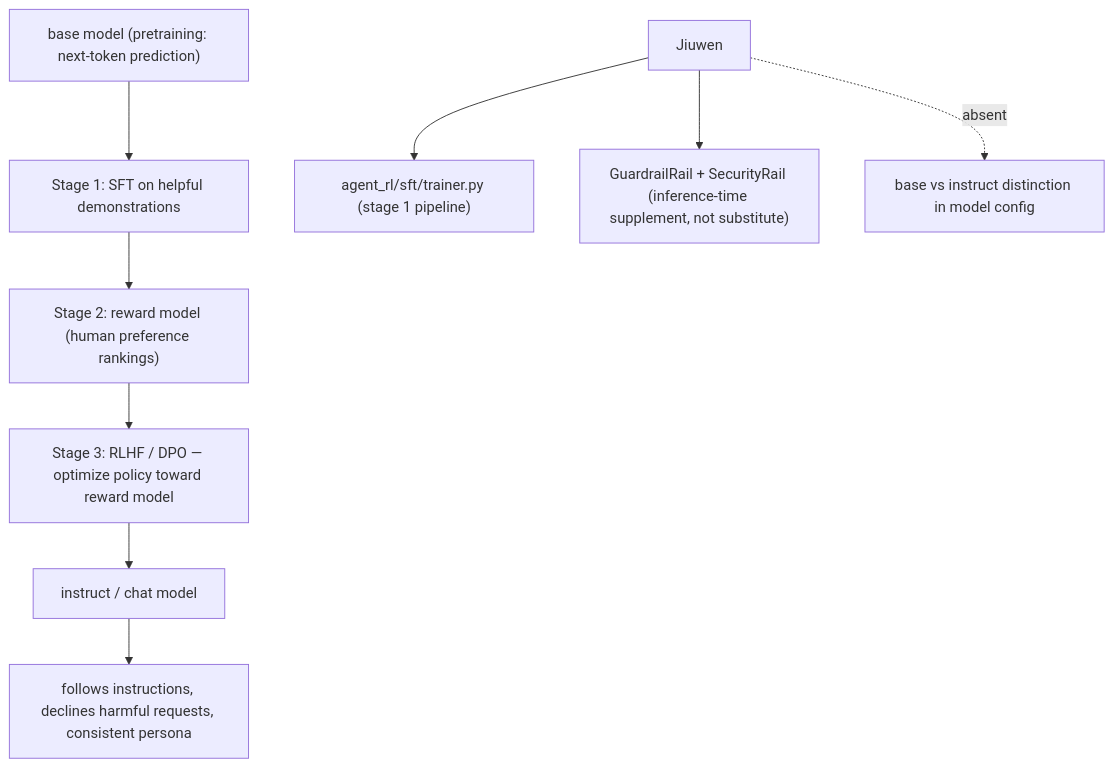
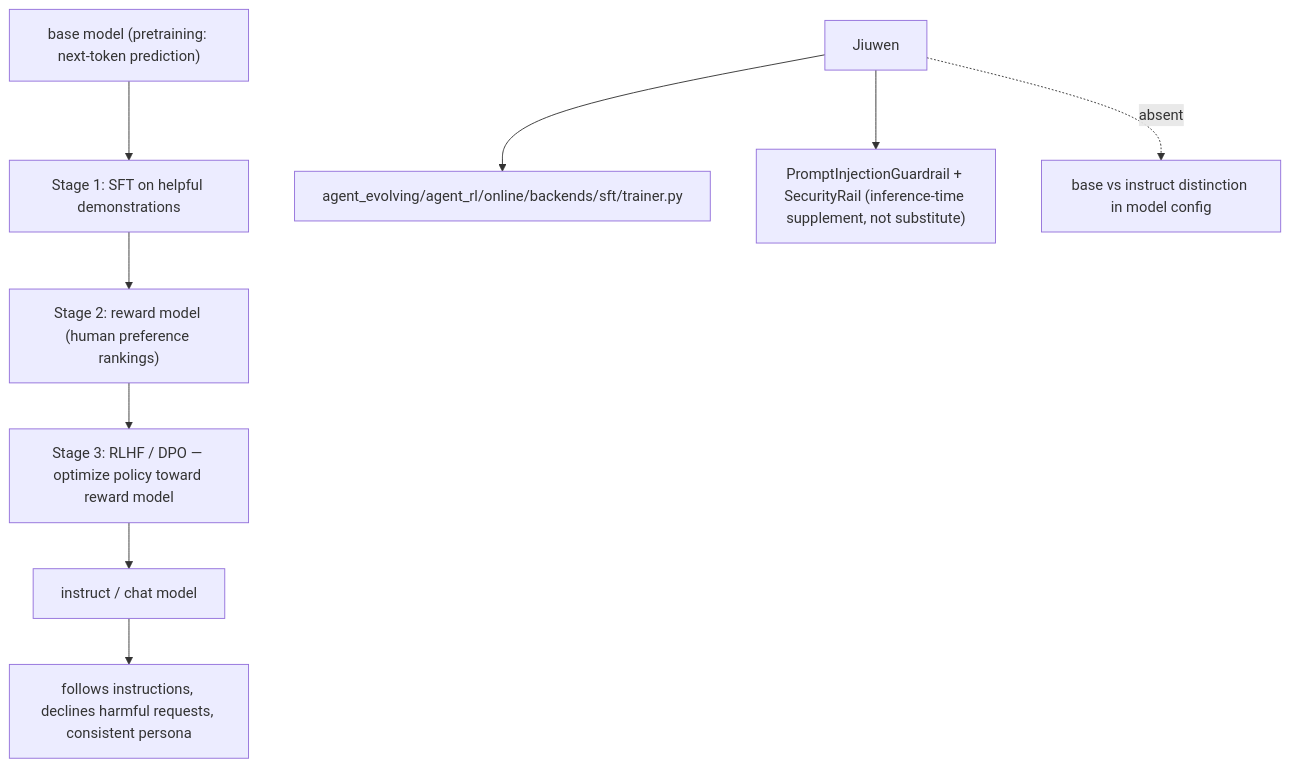
The sixth of 16 diagrams in content/topics/01-llm-foundations.md (michaelatamuk/openjiuwen-knowledge), drawn with Mermaid before and after one commit. The commit also changed 25 other files, not shown here.

````diff
--- a/content/topics/01-llm-foundations.md
+++ b/content/topics/01-llm-foundations.md
@@ -157,11 +157,11 @@
 ```mermaid
 flowchart TD
     BASE["base model (pretraining: next-token prediction)"] --> SFT_S["Stage 1: SFT on helpful demonstrations"]
     SFT_S --> RM["Stage 2: reward model (human preference rankings)"]
     RM --> RLHF_S["Stage 3: RLHF / DPO — optimize policy toward reward model"]
     RLHF_S --> INST["instruct / chat model"]
     INST --> PROD["follows instructions, declines harmful requests, consistent persona"]
-    JIW["Jiuwen"] --> SFT_J["agent_rl/sft/trainer.py (stage 1 pipeline)"]
-    JIW --> GR_J["GuardrailRail + SecurityRail (inference-time supplement, not substitute)"]
+    JIW["Jiuwen"] --> SFT_J["agent_evolving/agent_rl/online/backends/sft/trainer.py"]
+    JIW --> GR_J["PromptInjectionGuardrail + SecurityRail (inference-time supplement, not substitute)"]
     JIW -.->|"absent"| DIST["base vs instruct distinction in model config"]
 ```
````
